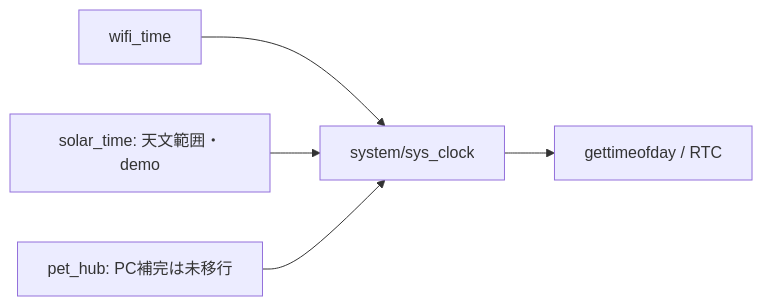
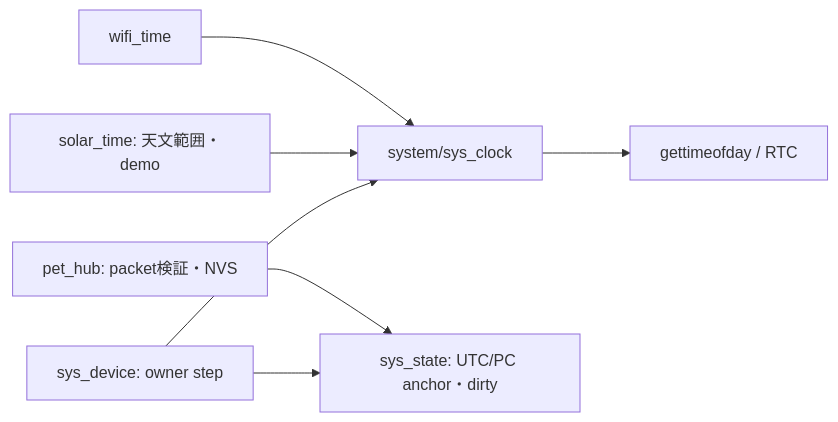
Before and after one commit to dj-oyu/cardputer-adv-pocketjs: the first of 5 diagrams in docs/kasane/module-boundaries.md, drawn with Mermaid. The commit also changed other lines of this file and 13 other files, not shown here.

````diff
--- a/docs/kasane/module-boundaries.md
+++ b/docs/kasane/module-boundaries.md
@@ -8,7 +8,9 @@
 ```mermaid
 flowchart LR
   SNTP[wifi_time] --> CLOCK[system/sys_clock]
   SOLAR[solar_time: 天文範囲・demo] --> CLOCK
-  PET[pet_hub: PC補完は未移行] --> CLOCK
+  PET[pet_hub: packet検証・NVS] --> STATE[sys_state: UTC/PC anchor・dirty]
+  DEVICE[sys_device: owner step] --> CLOCK
+  DEVICE --> STATE
   CLOCK --> WALL[gettimeofday / RTC]
 ```
````
